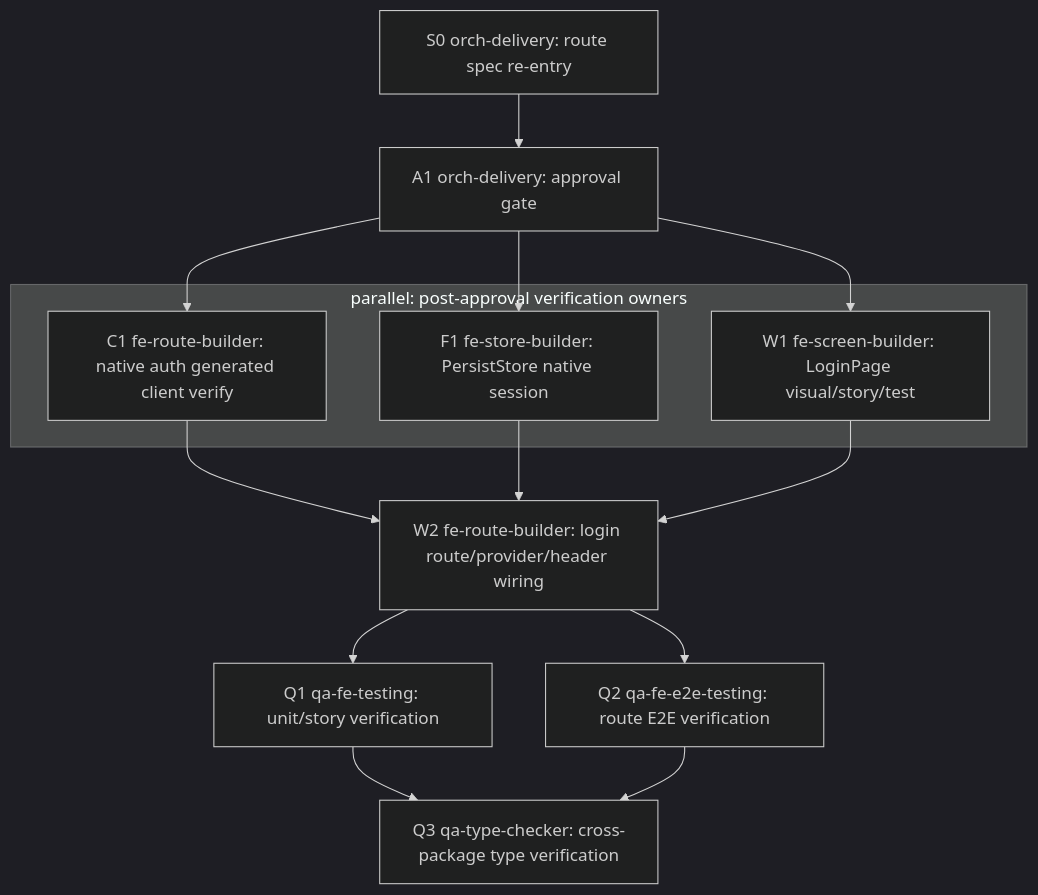
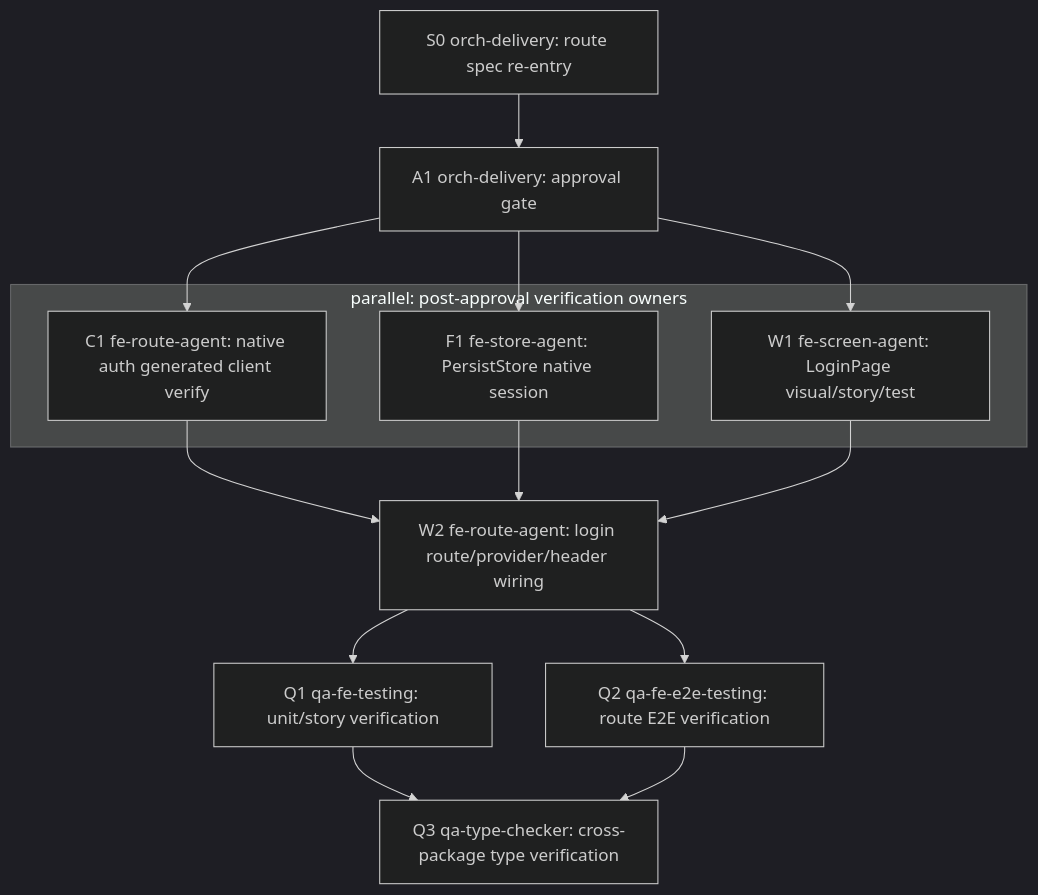
One commit to kimjoongwon/prj-core changed the diagram in apps/admin/web/src/app/auth/login/page.spec.md. Above: the diagram before and after it, drawn with Mermaid (dark theme). The commit also changed other lines of this file and 743 other files, not shown here.

````diff
--- a/apps/admin/web/src/app/auth/login/page.spec.md
+++ b/apps/admin/web/src/app/auth/login/page.spec.md
@@ -338,23 +338,23 @@
 ```mermaid
 flowchart TD
   S0["S0 orch-delivery: route spec re-entry"]
   A1["A1 orch-delivery: approval gate"]
   S0 --> A1
 
   subgraph P1["parallel: post-approval verification owners"]
-    C1["C1 fe-route-builder: native auth generated client verify"]
-    F1["F1 fe-store-builder: PersistStore native session"]
-    W1["W1 fe-screen-builder: LoginPage visual/story/test"]
+    C1["C1 fe-route-agent: native auth generated client verify"]
+    F1["F1 fe-store-agent: PersistStore native session"]
+    W1["W1 fe-screen-agent: LoginPage visual/story/test"]
   end
 
   A1 --> C1
   A1 --> F1
   A1 --> W1
-  C1 --> W2["W2 fe-route-builder: login route/provider/header wiring"]
+  C1 --> W2["W2 fe-route-agent: login route/provider/header wiring"]
   F1 --> W2
   W1 --> W2
   W2 --> Q1["Q1 qa-fe-testing: unit/story verification"]
   W2 --> Q2["Q2 qa-fe-e2e-testing: route E2E verification"]
   Q1 --> Q3["Q3 qa-type-checker: cross-package type verification"]
   Q2 --> Q3
 ```
````
